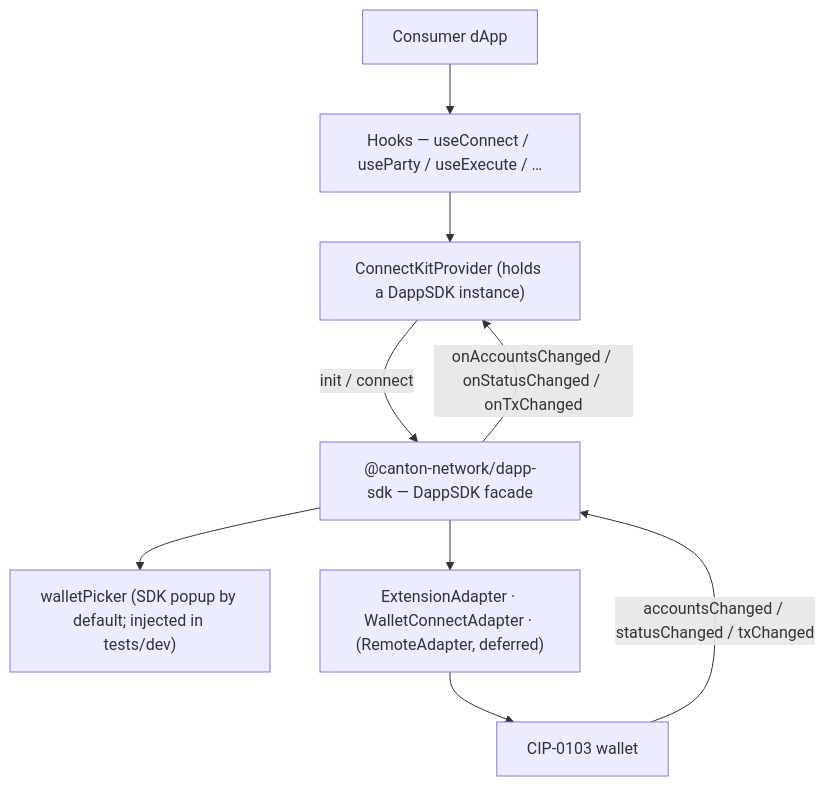
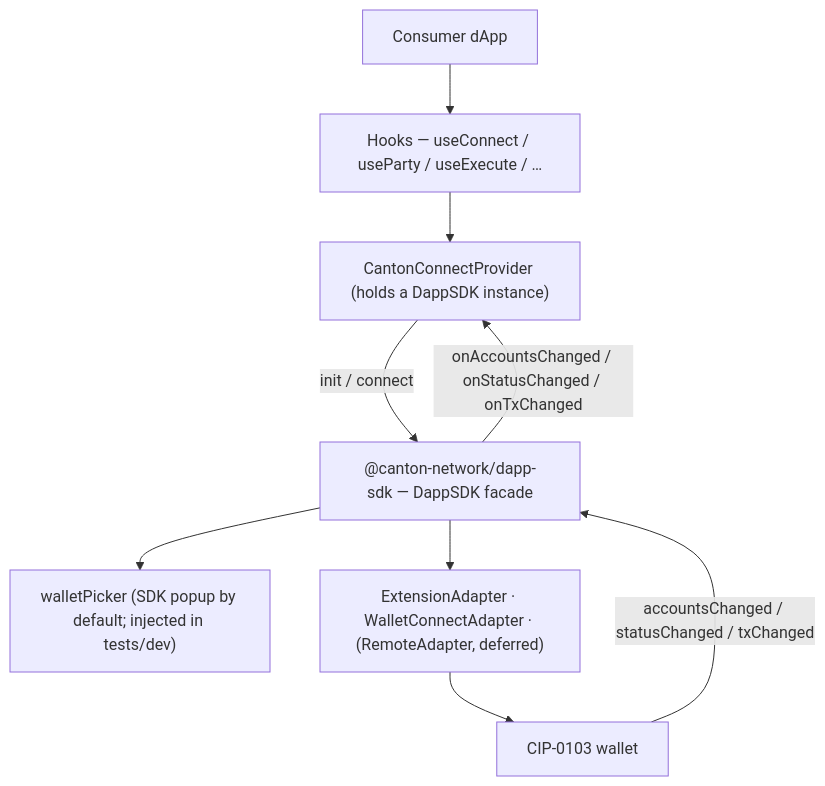
One commit to BootNodeDev/canton-dappbooster changed the diagram in canton-connect/architecture.md. Above: the diagram before and after it, drawn with Mermaid. The commit also changed other lines of this file and 12 other files, not shown here.

First line of the commit message:
refactor: rename the ConnectKit* symbols to CantonConnect*

````diff
--- a/canton-connect/architecture.md
+++ b/canton-connect/architecture.md
@@ -35,19 +35,19 @@
 ```mermaid
 flowchart TD
   app["Consumer dApp"]
   hooks["Hooks — useConnect / useParty / useExecute / …"]
-  provider["ConnectKitProvider (holds a DappSDK instance)"]
+  provider["CantonConnectProvider (holds a DappSDK instance)"]
   sdk["@canton-network/dapp-sdk — DappSDK facade"]
   picker["walletPicker (SDK popup by default; injected in tests/dev)"]
   adapters["ExtensionAdapter · WalletConnectAdapter · (RemoteAdapter, deferred)"]
   wallet["CIP-0103 wallet"]
 
   app --> hooks
   hooks --> provider
   provider -->|init / connect| sdk
   sdk --> picker
   sdk --> adapters
   adapters --> wallet
   wallet -->|accountsChanged / statusChanged / txChanged| sdk
   sdk -->|onAccountsChanged / onStatusChanged / onTxChanged| provider
 ```
````
